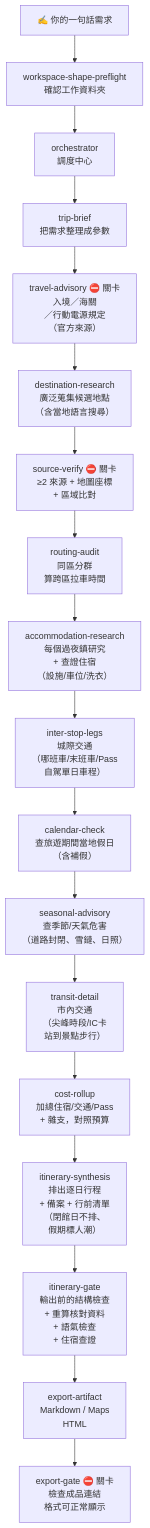
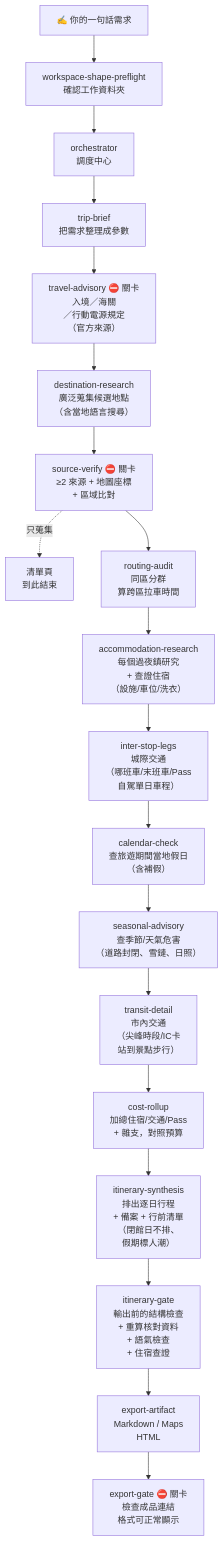
Before and after one commit to helping-ai-workflow/tripwork: the diagram in README.md, drawn with Mermaid. The commit also changed other lines of this file and 98 other files, not shown here.

````diff
--- a/README.md
+++ b/README.md
@@ -272,22 +292,23 @@
 ```mermaid
 %%{init: {'flowchart':{'htmlLabels':true}}}%%
 flowchart TB
     P["✍️ 你的一句話需求"]
     P --> WSP["workspace-shape-preflight<br/>確認工作資料夾"]
     WSP --> ORC["orchestrator<br/>調度中心"]
     ORC --> TB["trip-brief<br/>把需求整理成參數"]
     TB --> ADV["travel-advisory ⛔ 關卡<br/>入境／海關<br/>／行動電源規定<br/>（官方來源）"]
     ADV --> DR["destination-research<br/>廣泛蒐集候選地點<br/>（含當地語言搜尋）"]
     DR --> SV["source-verify ⛔ 關卡<br/>≥2 來源 + 地圖座標<br/>+ 區域比對"]
+    SV -. 只蒐集 .-> LIST["清單頁<br/>到此結束"]
     SV --> RA["routing-audit<br/>同區分群<br/>算跨區拉車時間"]
     RA --> ACC["accommodation-research<br/>每個過夜鎮研究<br/>+ 查證住宿<br/>（設施/車位/洗衣）"]
     ACC --> LEG["inter-stop-legs<br/>城際交通<br/>（哪班車/末班車/Pass<br/>自駕單日車程）"]
     LEG --> CAL["calendar-check<br/>查旅遊期間當地假日<br/>（含補假）"]
     CAL --> SEA["seasonal-advisory<br/>查季節/天氣危害<br/>（道路封閉、雪鏈、日照）"]
     SEA --> TRN["transit-detail<br/>市內交通<br/>（尖峰時段/IC卡<br/>站到景點步行）"]
     TRN --> COST["cost-rollup<br/>加總住宿/交通/Pass<br/>+ 雜支，對照預算"]
     COST --> SYN["itinerary-synthesis<br/>排出逐日行程<br/>+ 備案 + 行前清單<br/>（閉館日不排、<br/>假期標人潮）"]
     SYN --> GATE["itinerary-gate<br/>輸出前的結構檢查<br/>+ 重算核對資料<br/>+ 語氣檢查<br/>+ 住宿查證"]
     GATE --> EXP["export-artifact<br/>Markdown / Maps<br/>HTML"]
     EXP --> EGATE["export-gate ⛔ 關卡<br/>檢查成品連結<br/>格式可正常顯示"]
 ```
````
